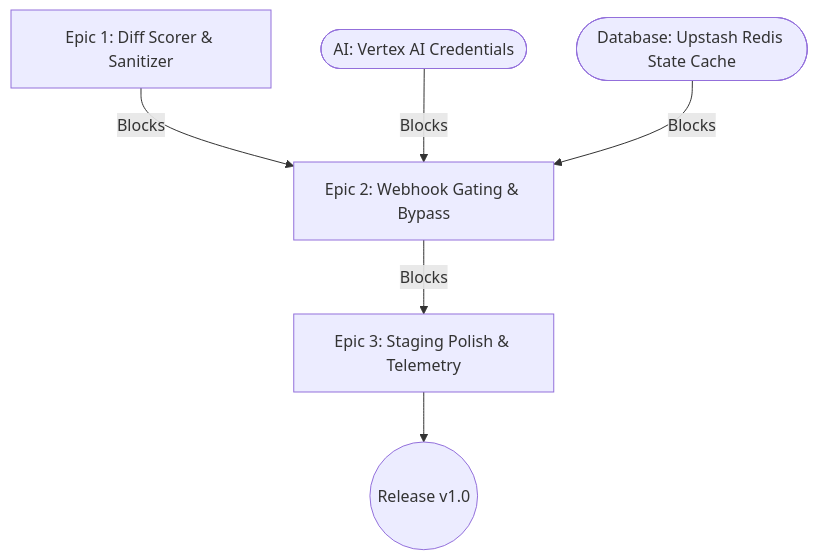
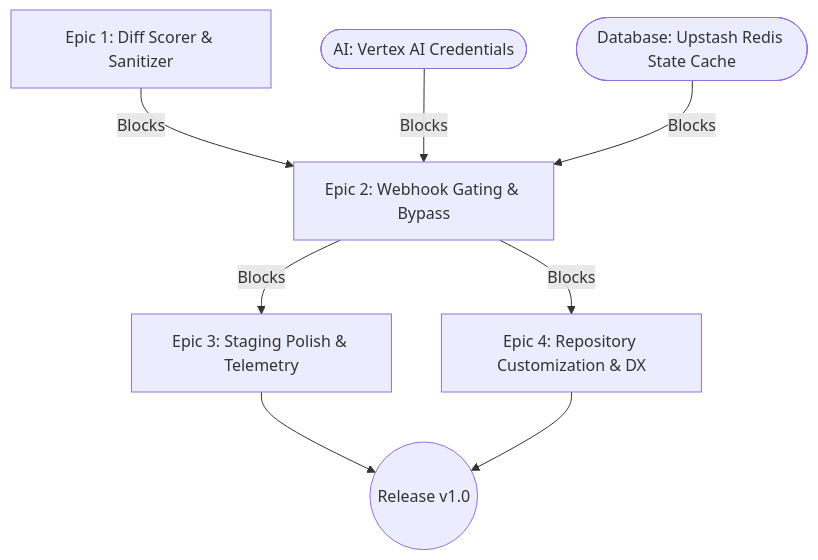
One commit to tinhct/archi-check changed the diagram in docs/PM/Dependency_Register.md. Above: the diagram before and after it, drawn with Mermaid. The commit also changed other lines of this file and 6 other files, not shown here.

````diff
--- a/docs/PM/Dependency_Register.md
+++ b/docs/PM/Dependency_Register.md
@@ -9,8 +9,10 @@
 ```mermaid
 graph TD
     A[Epic 1: Diff Scorer & Sanitizer] -->|Blocks| B[Epic 2: Webhook Gating & Bypass]
     C([AI: Vertex AI Credentials]) -->|Blocks| B
     D([Database: Upstash Redis State Cache]) -->|Blocks| B
     B -->|Blocks| E[Epic 3: Staging Polish & Telemetry]
+    B -->|Blocks| G[Epic 4: Repository Customization & DX]
     E --> F((Release v1.0))
+    G --> F
 ```
````
